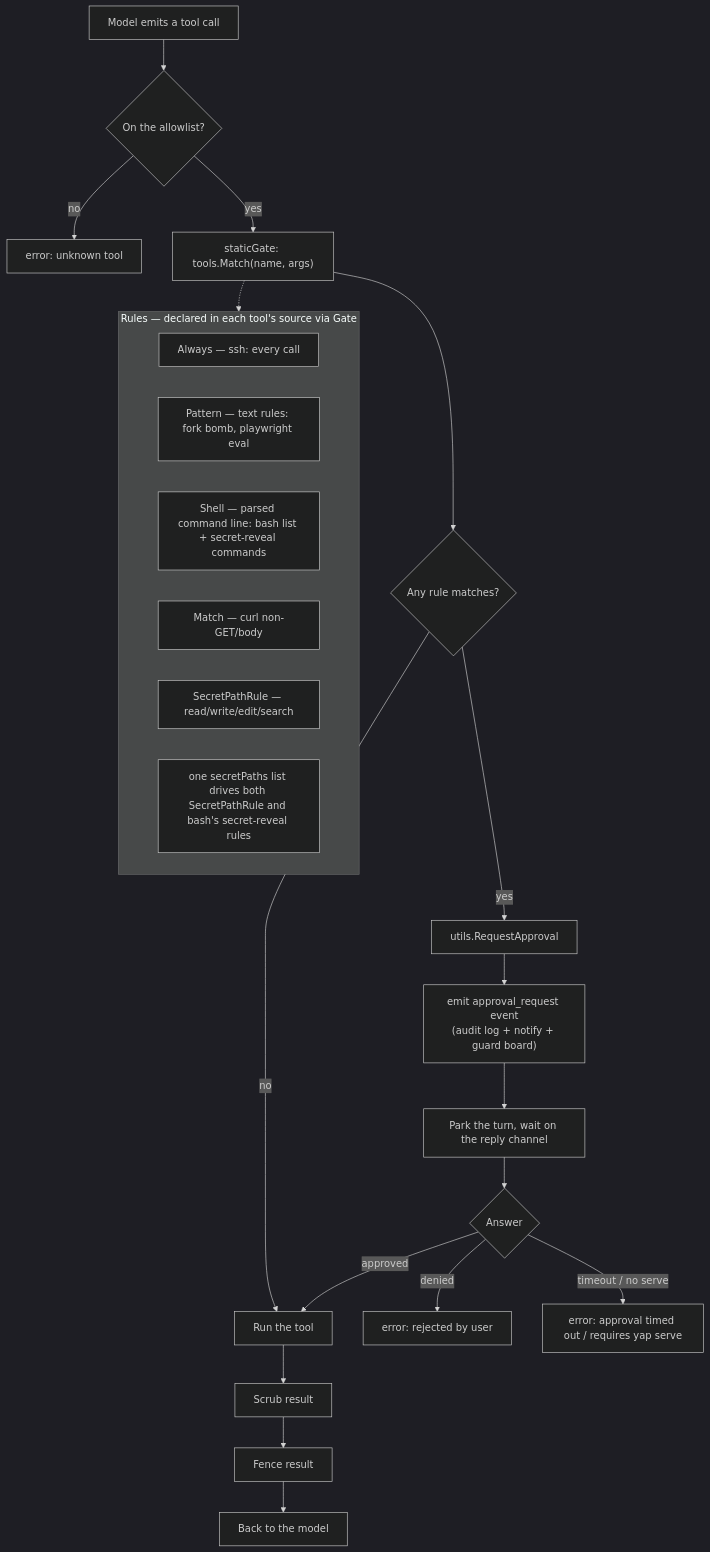
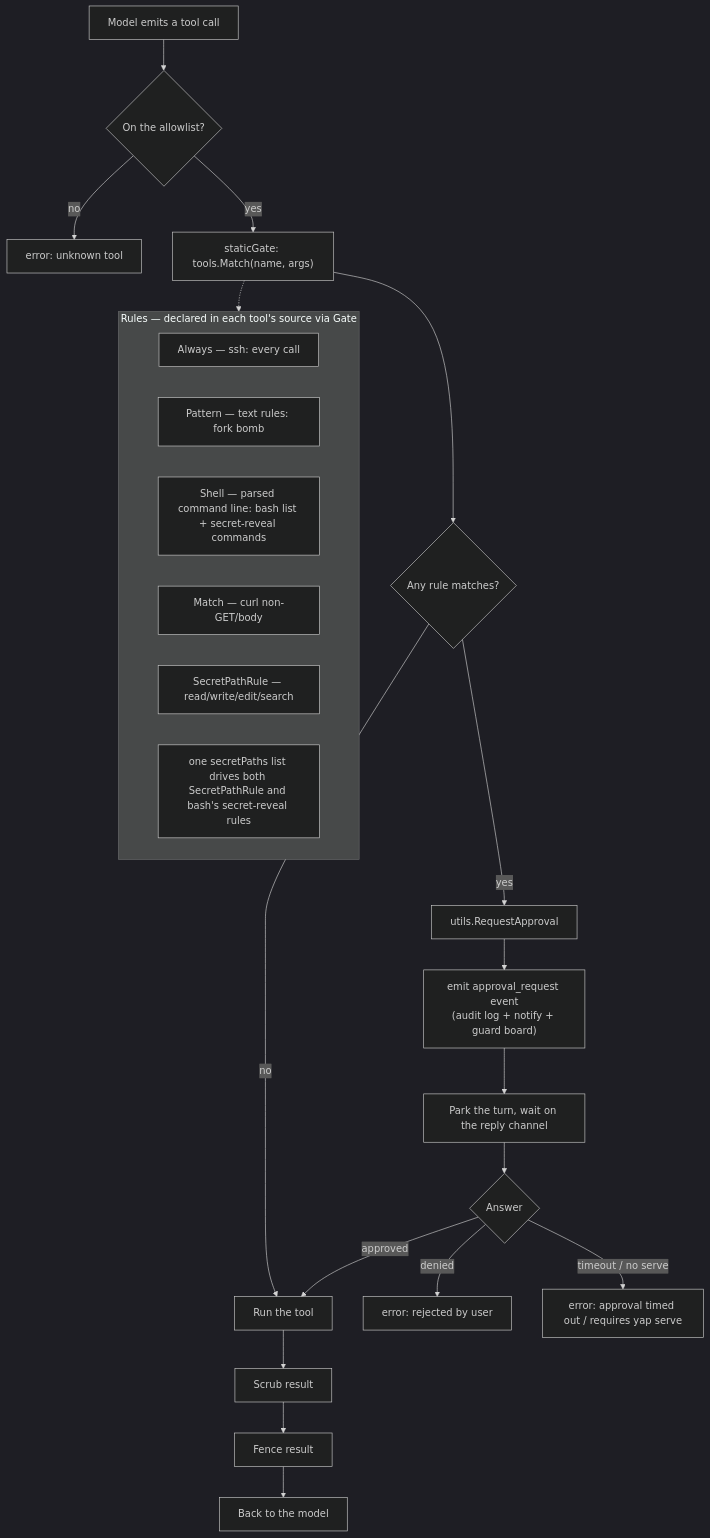
One commit to noisesfromspace/yap changed the second of 3 diagrams in CONTRIBUTING.md. Above: the diagram before and after it, drawn with Mermaid (dark theme). The commit also changed other lines of this file and 35 other files, not shown here.

````diff
--- a/CONTRIBUTING.md
+++ b/CONTRIBUTING.md
@@ -475,29 +474,29 @@
 ```mermaid
 flowchart TD
     A[Model emits a tool call] --> B{On the allowlist?}
     B -- no --> E1["error: unknown tool"]
     B -- yes --> C["staticGate: tools.Match(name, args)"]
 
     C --> D{Any rule matches?}
     D -- no --> R[Run the tool]
     D -- yes --> G[utils.RequestApproval]
 
     G --> G1["emit approval_request event<br/>(audit log + notify + guard board)"]
     G1 --> G2[Park the turn, wait on the reply channel]
     G2 --> A1{Answer}
     A1 -- approved --> R
     A1 -- denied --> E2["error: <tool> rejected by user"]
     A1 -- timeout / no serve --> E3["error: approval timed out / requires yap serve"]
 
     R --> S[Scrub result] --> F[Fence result] --> M[Back to the model]
 
     subgraph Rules[Rules — declared in each tool's source via Gate]
         RL[Always — ssh: every call]
-        RP[Pattern — text rules: fork bomb, playwright eval]
+        RP[Pattern — text rules: fork bomb]
         RSh["Shell — parsed command line: bash list + secret-reveal commands"]
         RF[Match — curl non-GET/body]
         RS[SecretPathRule — read/write/edit/search]
         RS2["one secretPaths list drives both SecretPathRule and bash's secret-reveal rules"]
     end
     C -.-> Rules
 ```
````
